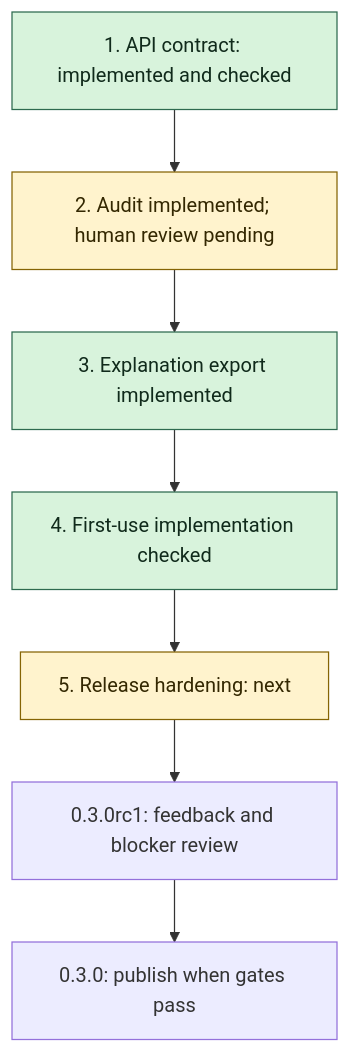
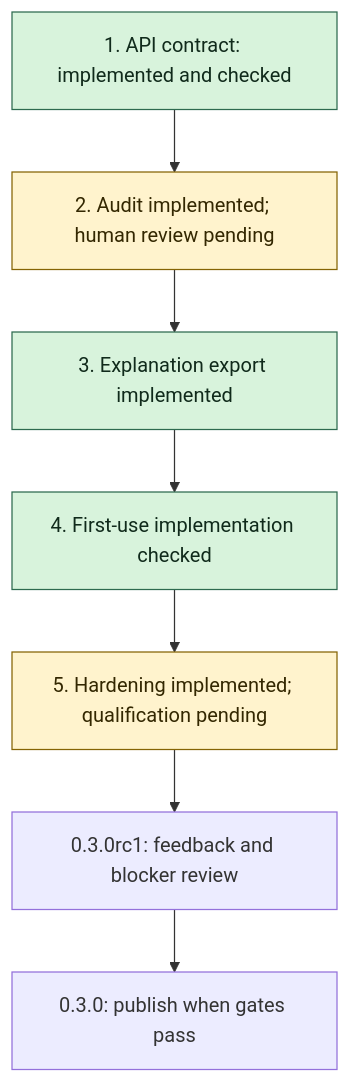
The diagram in docs/STABLE_RELEASE_PLAN.md (reetanshuh1998/Ramanujan_master_theorem), drawn with Mermaid before and after one commit. The commit also changed other lines of this file and 14 other files, not shown here.

````diff
--- a/docs/STABLE_RELEASE_PLAN.md
+++ b/docs/STABLE_RELEASE_PLAN.md
@@ -14,15 +14,15 @@
 ```mermaid
 flowchart TD
     A[1. API contract: implemented and checked]
     B[2. Audit implemented; human review pending]
     C[3. Explanation export implemented]
     D[4. First-use implementation checked]
-    E[5. Release hardening: next]
+    E[5. Hardening implemented; qualification pending]
     A --> B --> C --> D --> E
     E --> R[0.3.0rc1: feedback and blocker review]
     R --> S[0.3.0: publish when gates pass]
     classDef done fill:#d8f3dc,stroke:#2d6a4f,color:#102a1b
     classDef next fill:#fff3cd,stroke:#856404,color:#332701
     class A,C,D done
     class B,E next
 ```
````
